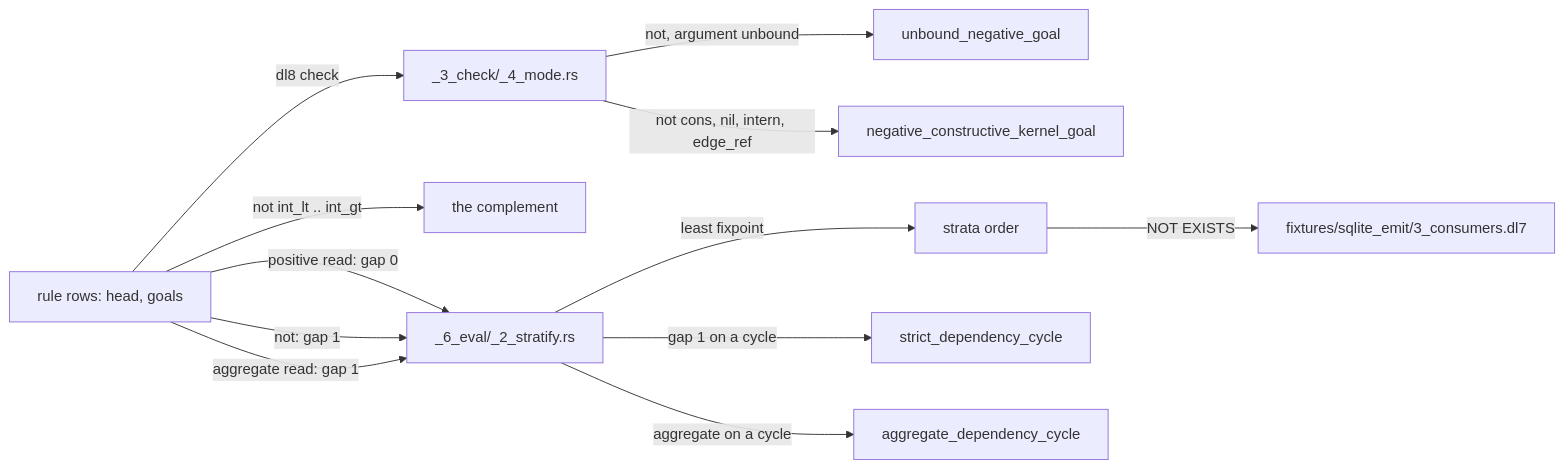
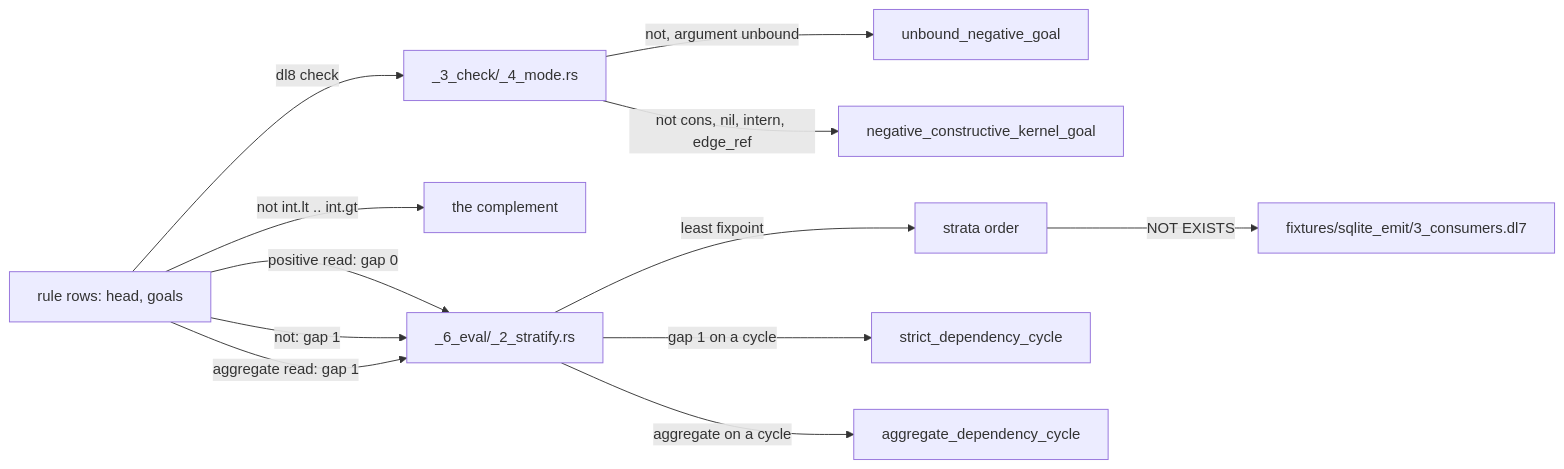
The diagram in book/src/4_negation.md (hafley66/sprefa), drawn with Mermaid before and after one commit. The commit also changed other lines of this file and 19 other files, not shown here.

````diff
--- a/book/src/4_negation.md
+++ b/book/src/4_negation.md
@@ -5,14 +5,14 @@
 ```mermaid
 flowchart LR
   rules[rule rows: head, goals] -->|dl8 check| mode[_3_check/_4_mode.rs]
   mode -->|not, argument unbound| unbound[unbound_negative_goal]
   mode -->|not cons, nil, intern, edge_ref| negcons[negative_constructive_kernel_goal]
-  rules -->|not int_lt .. int_gt| complement[the complement]
+  rules -->|not int.lt .. int.gt| complement[the complement]
   rules -->|positive read: gap 0| stratify[_6_eval/_2_stratify.rs]
   rules -->|not: gap 1| stratify
   rules -->|aggregate read: gap 1| stratify
   stratify -->|least fixpoint| strata[strata order]
   stratify -->|gap 1 on a cycle| strict[strict_dependency_cycle]
   stratify -->|aggregate on a cycle| aggcycle[aggregate_dependency_cycle]
   strata -->|NOT EXISTS| consumers[fixtures/sqlite_emit/3_consumers.dl7]
 ```
````
